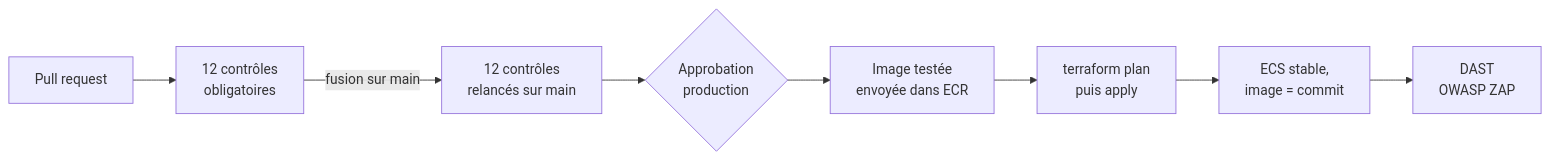
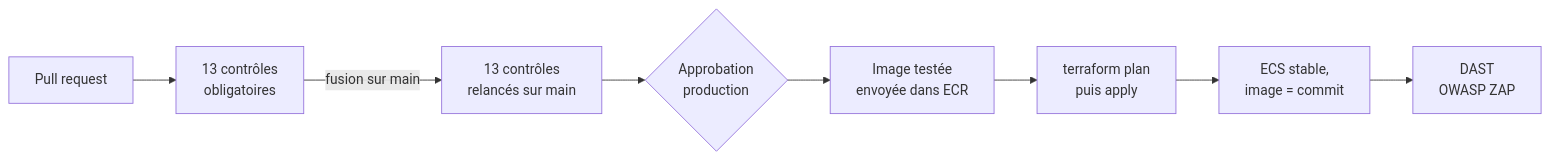
Before and after one commit to AlexandreNvs2/DevSecOps-Project: the third of 3 diagrams in README.md, drawn with Mermaid. The commit also changed other lines of this file and 1 other file, not shown here.

Commit message:
[DOCS]-> README, TruffleHog et 13 contrôles obligatoires

````diff
--- a/README.md
+++ b/README.md
@@ -690,10 +703,10 @@
 ```mermaid
 flowchart LR
-    pr[Pull request] --> ci[12 contrôles<br/>obligatoires]
-    ci -->|fusion sur main| ci2[12 contrôles<br/>relancés sur main]
+    pr[Pull request] --> ci[13 contrôles<br/>obligatoires]
+    ci -->|fusion sur main| ci2[13 contrôles<br/>relancés sur main]
     ci2 --> ok{Approbation<br/>production}
     ok --> ecr[Image testée<br/>envoyée dans ECR]
     ecr --> tf[terraform plan<br/>puis apply]
     tf --> wait[ECS stable,<br/>image = commit]
     wait --> zap[DAST<br/>OWASP ZAP]
 ```
````
